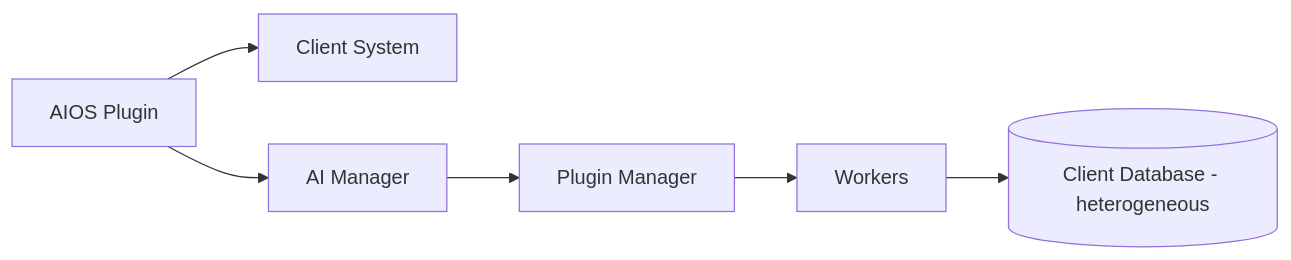
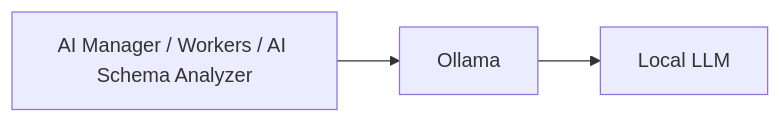
Before and after one commit to Tenshi1308/AIOSProject: the third of 3 diagrams in docs/analisis-kebutuhan.md, drawn with Mermaid. The commit also changed other lines of this file and 59 other files, not shown here.

````diff
--- a/docs/analisis-kebutuhan.md
+++ b/docs/analisis-kebutuhan.md
@@ -283,10 +320,6 @@
 ```mermaid
 flowchart LR
-    CS[Client System]
-    AIOS[AIOS Plugin]
-    AIOS --> CS
-    AIOS --> AM2[AI Manager]
-    AM2 --> PM2[Plugin Manager]
-    PM2 --> WR[Workers]
-    WR --> DB2[(Client Database - heterogeneous)]
+    AM[AI Manager / Workers / AI Schema Analyzer]
+    AM --> O[Ollama]
+    O --> L[Local LLM]
 ```
````
